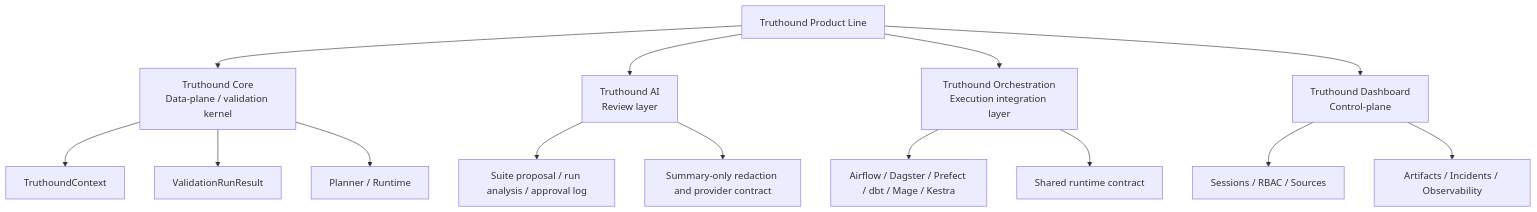
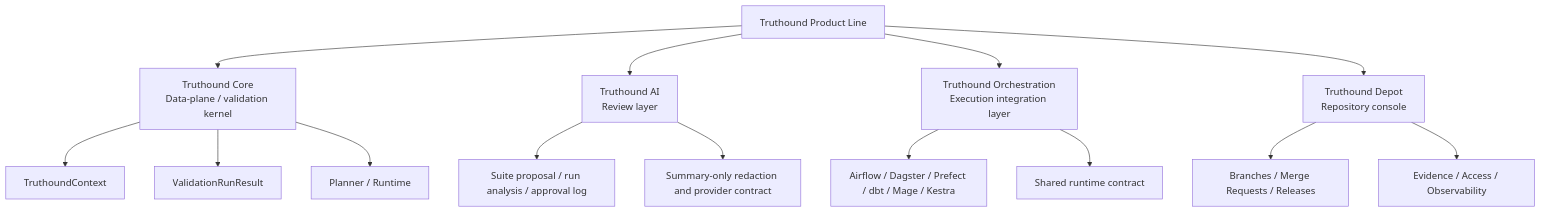
The diagram in docs/concepts/index.md (seadonggyun4/truthound), drawn with Mermaid before and after one commit. The commit also changed other lines of this file and 22 other files, not shown here.

Commit message:
Prepare Truthound 3.1.3 Depot surface release

````diff
--- a/docs/concepts/index.md
+++ b/docs/concepts/index.md
@@ -29,20 +29,20 @@
 ```mermaid
 flowchart TD
     A["Truthound Product Line"] --> B["Truthound Core\nData-plane / validation kernel"]
     A --> C["Truthound AI\nReview layer"]
     A --> D["Truthound Orchestration\nExecution integration layer"]
-    A --> E["Truthound Dashboard\nControl-plane"]
+    A --> E["Truthound Depot\nRepository console"]
 
     B --> F["TruthoundContext"]
     B --> G["ValidationRunResult"]
     B --> H["Planner / Runtime"]
 
     C --> I["Suite proposal / run analysis / approval log"]
     C --> J["Summary-only redaction and provider contract"]
 
     D --> K["Airflow / Dagster / Prefect / dbt / Mage / Kestra"]
     D --> L["Shared runtime contract"]
 
-    E --> M["Sessions / RBAC / Sources"]
-    E --> N["Artifacts / Incidents / Observability"]
+    E --> M["Branches / Merge Requests / Releases"]
+    E --> N["Evidence / Access / Observability"]
 ```
````
